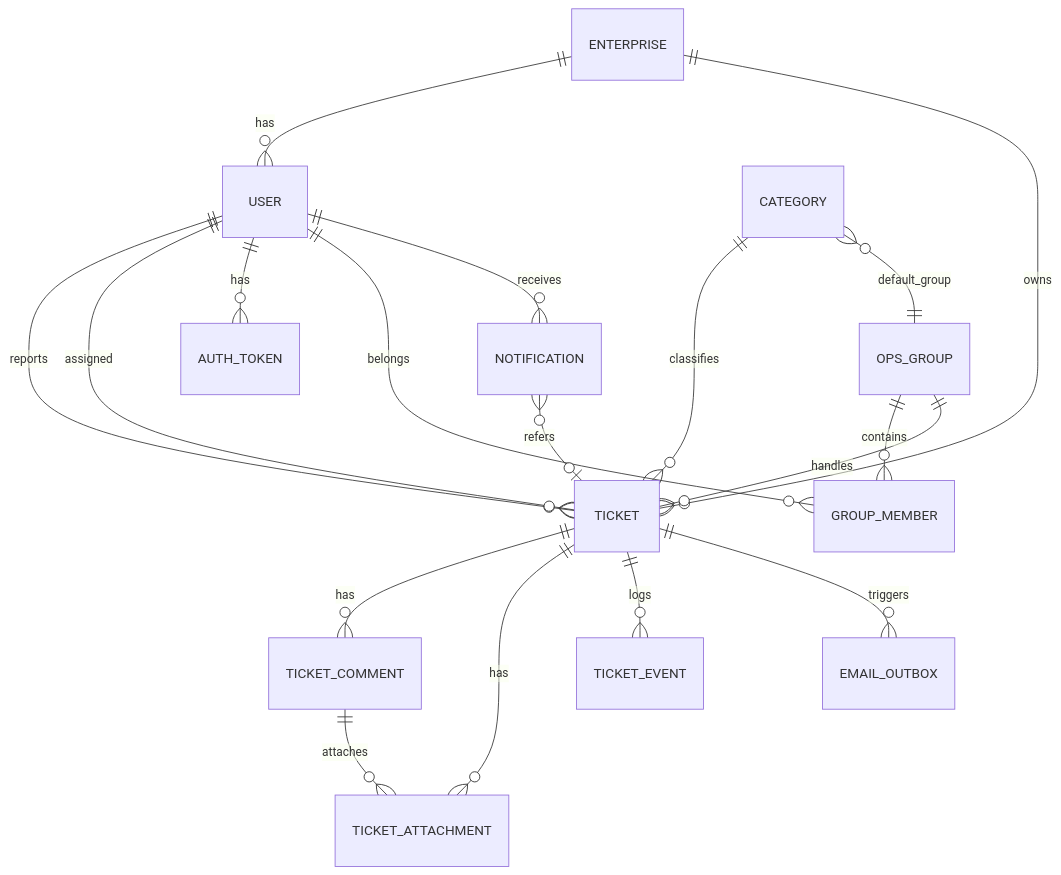
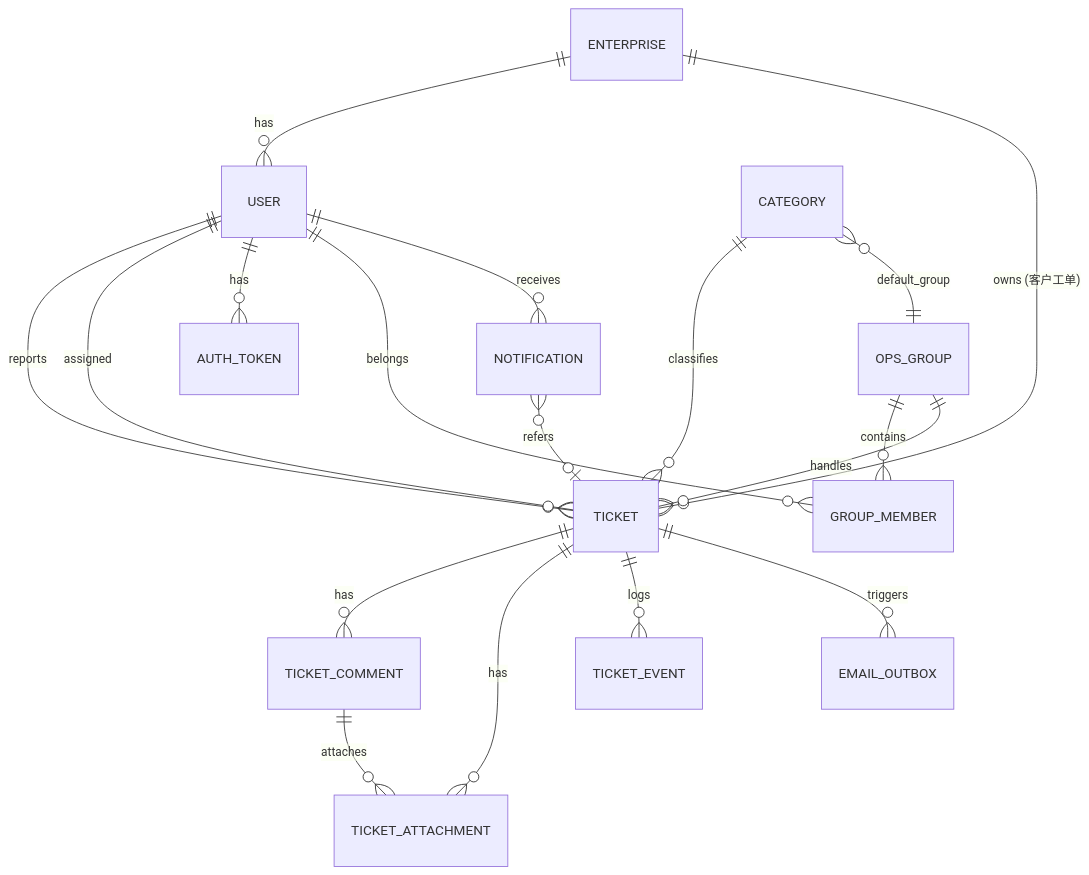
The third of 3 diagrams in docs/requirements.md (easoncaibook-maker/myTicketReport), drawn with Mermaid before and after one commit. The commit also changed other lines of this file and 16 other files, not shown here.

````diff
--- a/docs/requirements.md
+++ b/docs/requirements.md
@@ -354,20 +372,20 @@
 ```mermaid
 erDiagram
     ENTERPRISE ||--o{ USER : "has"
-    ENTERPRISE ||--o{ TICKET : "owns"
+    ENTERPRISE ||--o{ TICKET : "owns (客户工单)"
     USER ||--o{ TICKET : "reports"
     USER ||--o{ TICKET : "assigned"
     USER ||--o{ AUTH_TOKEN : "has"
     OPS_GROUP ||--o{ GROUP_MEMBER : "contains"
     USER ||--o{ GROUP_MEMBER : "belongs"
     OPS_GROUP ||--o{ TICKET : "handles"
     CATEGORY ||--o{ TICKET : "classifies"
     CATEGORY }o--|| OPS_GROUP : "default_group"
     TICKET ||--o{ TICKET_COMMENT : "has"
     TICKET ||--o{ TICKET_ATTACHMENT : "has"
     TICKET ||--o{ TICKET_EVENT : "logs"
     TICKET_COMMENT ||--o{ TICKET_ATTACHMENT : "attaches"
     USER ||--o{ NOTIFICATION : "receives"
     NOTIFICATION }o--o| TICKET : "refers"
     TICKET ||--o{ EMAIL_OUTBOX : "triggers"
 ```
````
